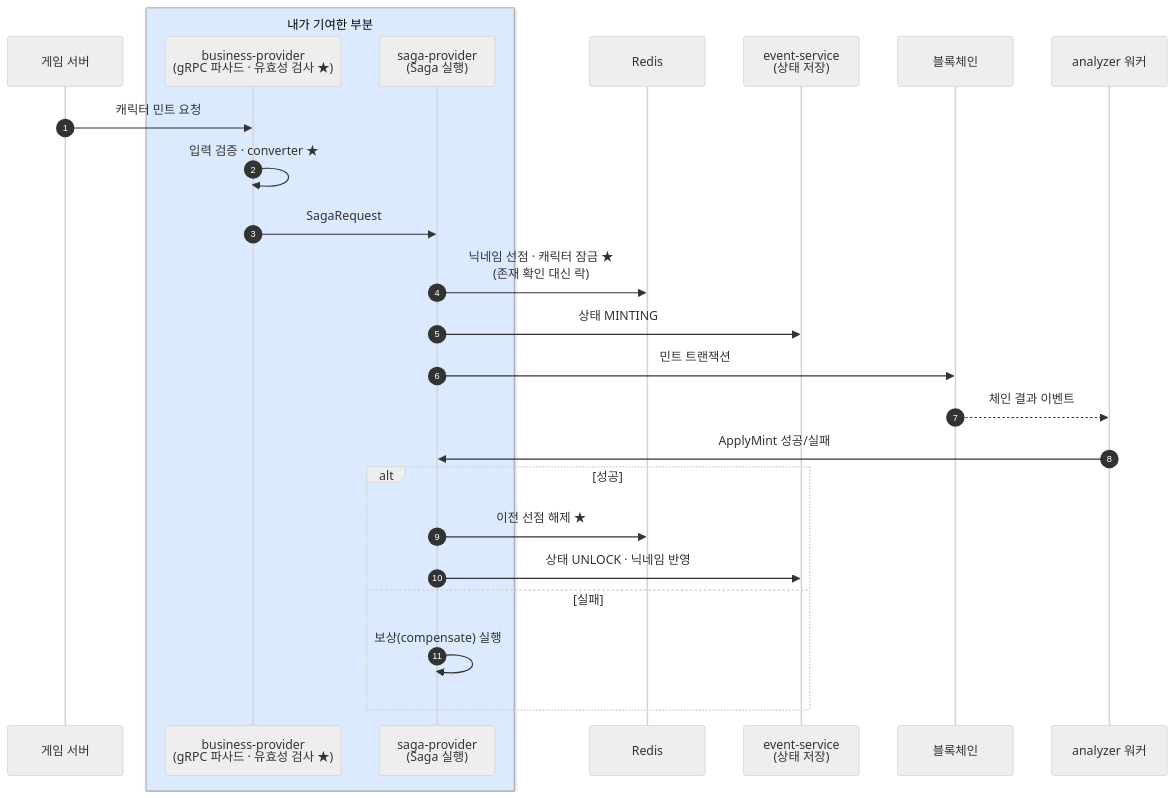
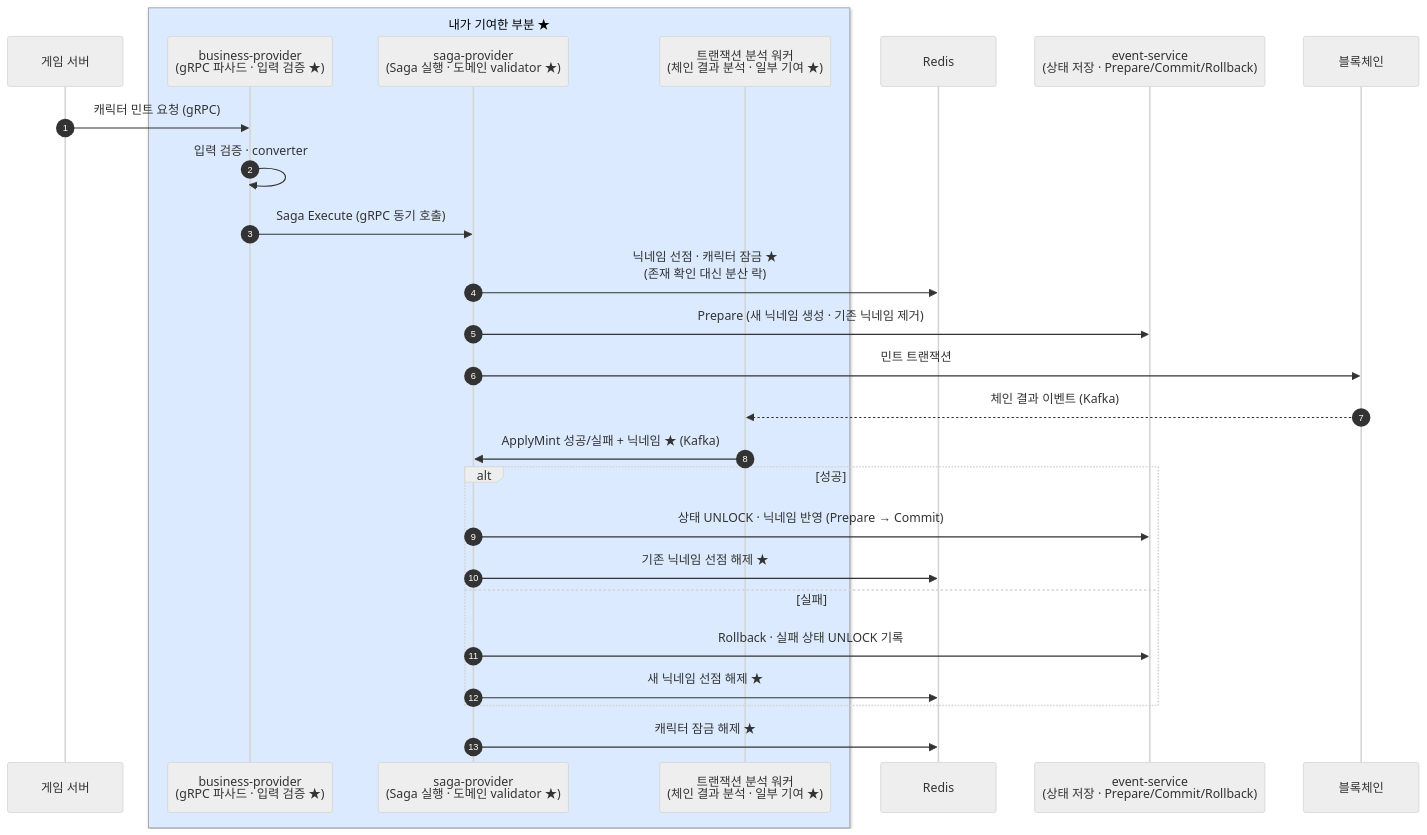
One commit to shalwxy/career changed the diagram in content/diagrams/saga.mmd. Above: the diagram before and after it, drawn with Mermaid (neutral theme). The commit also changed 30 other files, not shown here.

```diff
--- a/content/diagrams/saga.mmd
+++ b/content/diagrams/saga.mmd
@@ -1,27 +1,29 @@
-%% title: DE — Saga 실행과 캐릭터 민트·닉네임 선점
-%% title_en: DE — Saga execution, character mint & nickname pre-emption
+%% title: DE — Saga 실행과 캐릭터 민트·닉네임 선점 (2024-04 기준)
+%% title_en: DE — Saga execution, character mint & nickname pre-emption (as of 2024-04)
 sequenceDiagram
     autonumber
     participant G as 게임 서버
-    box rgb(219,234,254) 내가 기여한 부분
-    participant BP as business-provider<br/>(gRPC 파사드 · 유효성 검사 ★)
-    participant S as saga-provider<br/>(Saga 실행)
+    box rgb(219,234,254) 내가 기여한 부분 ★
+    participant BP as business-provider<br/>(gRPC 파사드 · 입력 검증 ★)
+    participant S as saga-provider<br/>(Saga 실행 · 도메인 validator ★)
+    participant A as 트랜잭션 분석 워커<br/>(체인 결과 분석 · 일부 기여 ★)
     end
     participant R as Redis
-    participant E as event-service<br/>(상태 저장)
+    participant E as event-service<br/>(상태 저장 · Prepare/Commit/Rollback)
     participant BC as 블록체인
-    participant A as analyzer 워커
-    G->>BP: 캐릭터 민트 요청
-    BP->>BP: 입력 검증 · converter ★
-    BP->>S: SagaRequest
-    S->>R: 닉네임 선점 · 캐릭터 잠금 ★<br/>(존재 확인 대신 락)
-    S->>E: 상태 MINTING
+    G->>BP: 캐릭터 민트 요청 (gRPC)
+    BP->>BP: 입력 검증 · converter
+    BP->>S: Saga Execute (gRPC 동기 호출)
+    S->>R: 닉네임 선점 · 캐릭터 잠금 ★<br/>(존재 확인 대신 분산 락)
+    S->>E: Prepare (새 닉네임 생성 · 기존 닉네임 제거)
     S->>BC: 민트 트랜잭션
-    BC-->>A: 체인 결과 이벤트
-    A->>S: ApplyMint 성공/실패
+    BC-->>A: 체인 결과 이벤트 (Kafka)
+    A->>S: ApplyMint 성공/실패 + 닉네임 ★ (Kafka)
     alt 성공
-        S->>R: 이전 선점 해제 ★
-        S->>E: 상태 UNLOCK · 닉네임 반영
+        S->>E: 상태 UNLOCK · 닉네임 반영 (Prepare → Commit)
+        S->>R: 기존 닉네임 선점 해제 ★
     else 실패
-        S->>S: 보상(compensate) 실행
+        S->>E: Rollback · 실패 상태 UNLOCK 기록
+        S->>R: 새 닉네임 선점 해제 ★
     end
+    S->>R: 캐릭터 잠금 해제 ★
```
